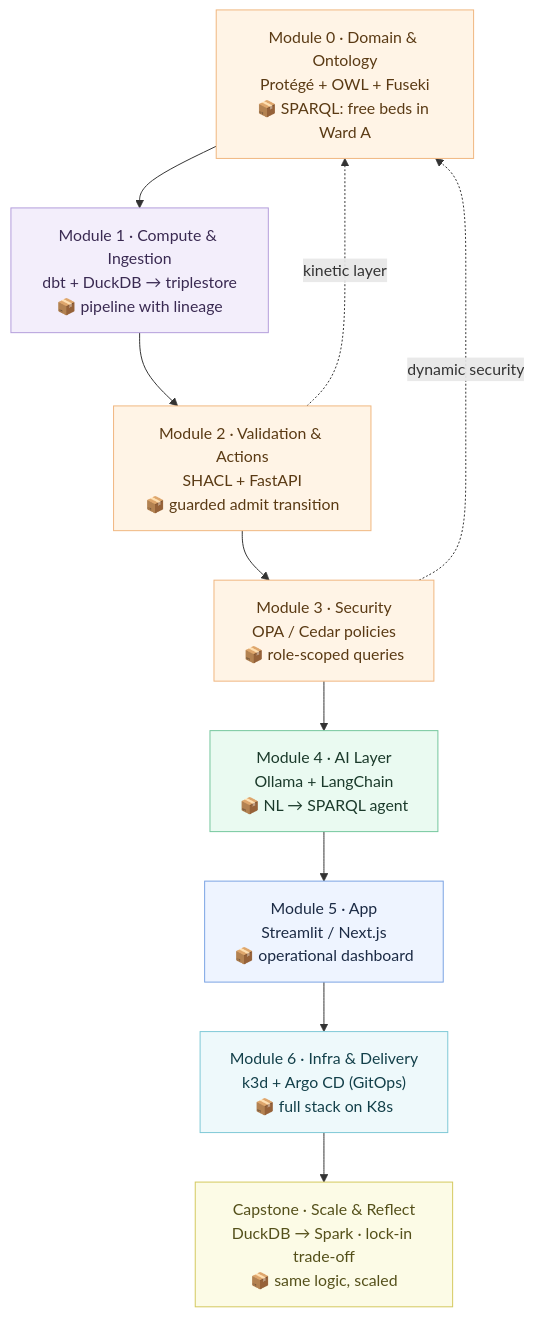
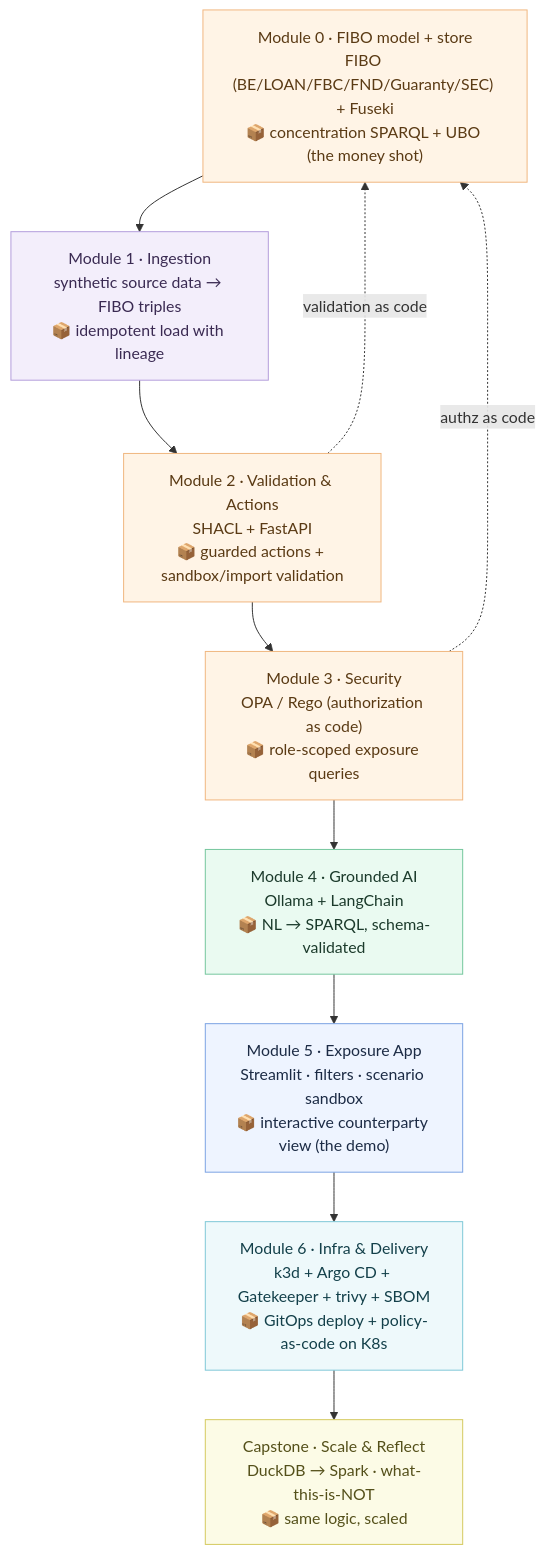
The diagram in docs/lab-handbook.md (jaricsng/counterparty-concentration-lens), drawn with Mermaid before and after one commit. The commit also changed other lines of this file and 4 other files, not shown here.

First line of the commit message:
docs: enhancement spec updates + bring-your-own-test-data import spec

````diff
--- a/docs/lab-handbook.md
+++ b/docs/lab-handbook.md
@@ -33,30 +31,30 @@
 ```mermaid
 flowchart TB
-    M0["Module 0 · Domain & Ontology<br/>Protégé + OWL + Fuseki<br/>📦 SPARQL: free beds in Ward A"]
-    M1["Module 1 · Compute & Ingestion<br/>dbt + DuckDB → triplestore<br/>📦 pipeline with lineage"]
-    M2["Module 2 · Validation & Actions<br/>SHACL + FastAPI<br/>📦 guarded admit transition"]
-    M3["Module 3 · Security<br/>OPA / Cedar policies<br/>📦 role-scoped queries"]
-    M4["Module 4 · AI Layer<br/>Ollama + LangChain<br/>📦 NL → SPARQL agent"]
-    M5["Module 5 · App<br/>Streamlit / Next.js<br/>📦 operational dashboard"]
-    M6["Module 6 · Infra & Delivery<br/>k3d + Argo CD (GitOps)<br/>📦 full stack on K8s"]
-    CAP["Capstone · Scale & Reflect<br/>DuckDB → Spark · lock-in trade-off<br/>📦 same logic, scaled"]
+    M0["Module 0 · FIBO model + store<br/>FIBO (BE/LOAN/FBC/FND/Guaranty/SEC) + Fuseki<br/>📦 concentration SPARQL + UBO (the money shot)"]
+    M1["Module 1 · Ingestion<br/>synthetic source data → FIBO triples<br/>📦 idempotent load with lineage"]
+    M2["Module 2 · Validation & Actions<br/>SHACL + FastAPI<br/>📦 guarded actions + sandbox/import validation"]
+    M3["Module 3 · Security<br/>OPA / Rego (authorization as code)<br/>📦 role-scoped exposure queries"]
+    M4["Module 4 · Grounded AI<br/>Ollama + LangChain<br/>📦 NL → SPARQL, schema-validated"]
+    M5["Module 5 · Exposure App<br/>Streamlit · filters · scenario sandbox<br/>📦 interactive counterparty view (the demo)"]
+    M6["Module 6 · Infra & Delivery<br/>k3d + Argo CD + Gatekeeper + trivy + SBOM<br/>📦 GitOps deploy + policy-as-code on K8s"]
+    CAP["Capstone · Scale & Reflect<br/>DuckDB → Spark · what-this-is-NOT<br/>📦 same logic, scaled"]
 
     M0 --> M1 --> M2 --> M3 --> M4 --> M5 --> M6 --> CAP
 
-    M2 -.->|"kinetic layer"| M0
-    M3 -.->|"dynamic security"| M0
+    M2 -.->|"validation as code"| M0
+    M3 -.->|"authz as code"| M0
 
     classDef ont fill:#fff4e6,stroke:#f0b67f,color:#5a3a14;
-    classDef compute fill:#f3eefb,stroke:#b39ddb,color:#3a2a52;
+    classDef ingest fill:#f3eefb,stroke:#b39ddb,color:#3a2a52;
     classDef ai fill:#eafaf1,stroke:#74c69d,color:#1b3a2b;
     classDef app fill:#eef4ff,stroke:#7aa2e3,color:#1c2b45;
     classDef infra fill:#eef9fb,stroke:#7ec8d6,color:#13404a;
     classDef cap fill:#fcfbe6,stroke:#d4c95e,color:#54501a;
 
     class M0,M2,M3 ont;
-    class M1 compute;
+    class M1 ingest;
     class M4 ai;
     class M5 app;
     class M6 infra;
     class CAP cap;
 ```
````
